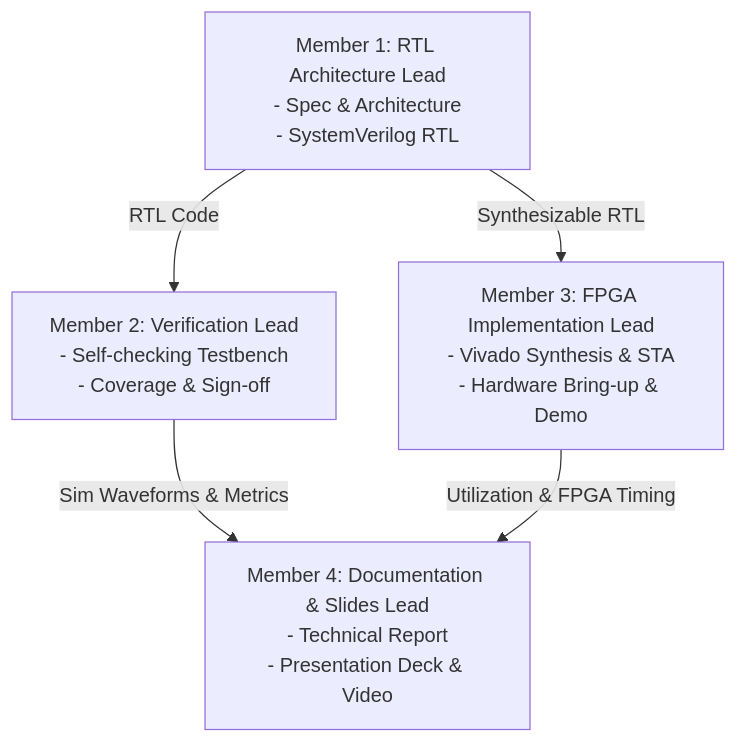
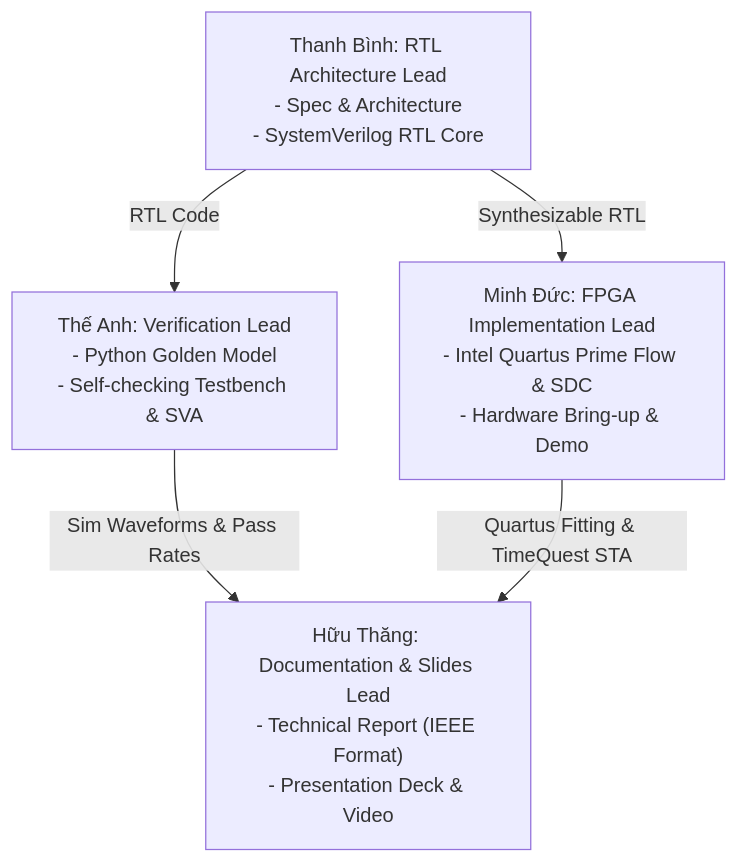
The diagram in README.md (ducnguyen-git/EE5427---4x4-Multiply-Accumulate), drawn with Mermaid before and after one commit. The commit also changed other lines of this file and 5 other files, not shown here.

Commit message:
Update toolchain to Intel Quartus Prime and assign team members: Thanh Binh, The Anh, Minh Duc, and Huu Thang

````diff
--- a/README.md
+++ b/README.md
@@ -126,12 +128,12 @@
 ```mermaid
 flowchart TD
-    M1["Member 1: RTL Architecture Lead\n- Spec & Architecture\n- SystemVerilog RTL"]
-    M2["Member 2: Verification Lead\n- Self-checking Testbench\n- Coverage & Sign-off"]
-    M3["Member 3: FPGA Implementation Lead\n- Vivado Synthesis & STA\n- Hardware Bring-up & Demo"]
-    M4["Member 4: Documentation & Slides Lead\n- Technical Report\n- Presentation Deck & Video"]
+    M1["Thanh Bình: RTL Architecture Lead\n- Spec & Architecture\n- SystemVerilog RTL Core"]
+    M2["Thế Anh: Verification Lead\n- Python Golden Model\n- Self-checking Testbench & SVA"]
+    M3["Minh Đức: FPGA Implementation Lead\n- Intel Quartus Prime Flow & SDC\n- Hardware Bring-up & Demo"]
+    M4["Hữu Thăng: Documentation & Slides Lead\n- Technical Report (IEEE Format)\n- Presentation Deck & Video"]
 
     M1 -->|RTL Code| M2
     M1 -->|Synthesizable RTL| M3
-    M2 -->|Sim Waveforms & Metrics| M4
-    M3 -->|Utilization & FPGA Timing| M4
+    M2 -->|Sim Waveforms & Pass Rates| M4
+    M3 -->|Quartus Fitting & TimeQuest STA| M4
 ```
````
